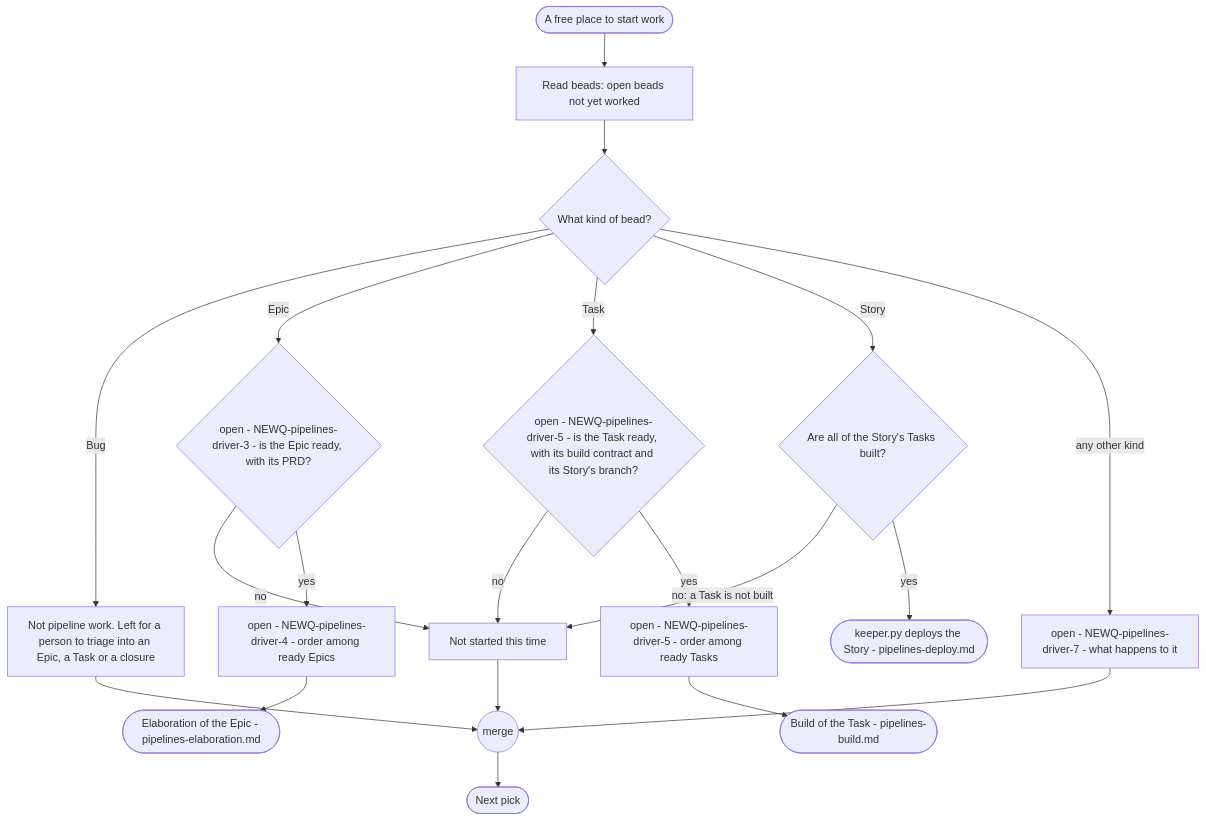
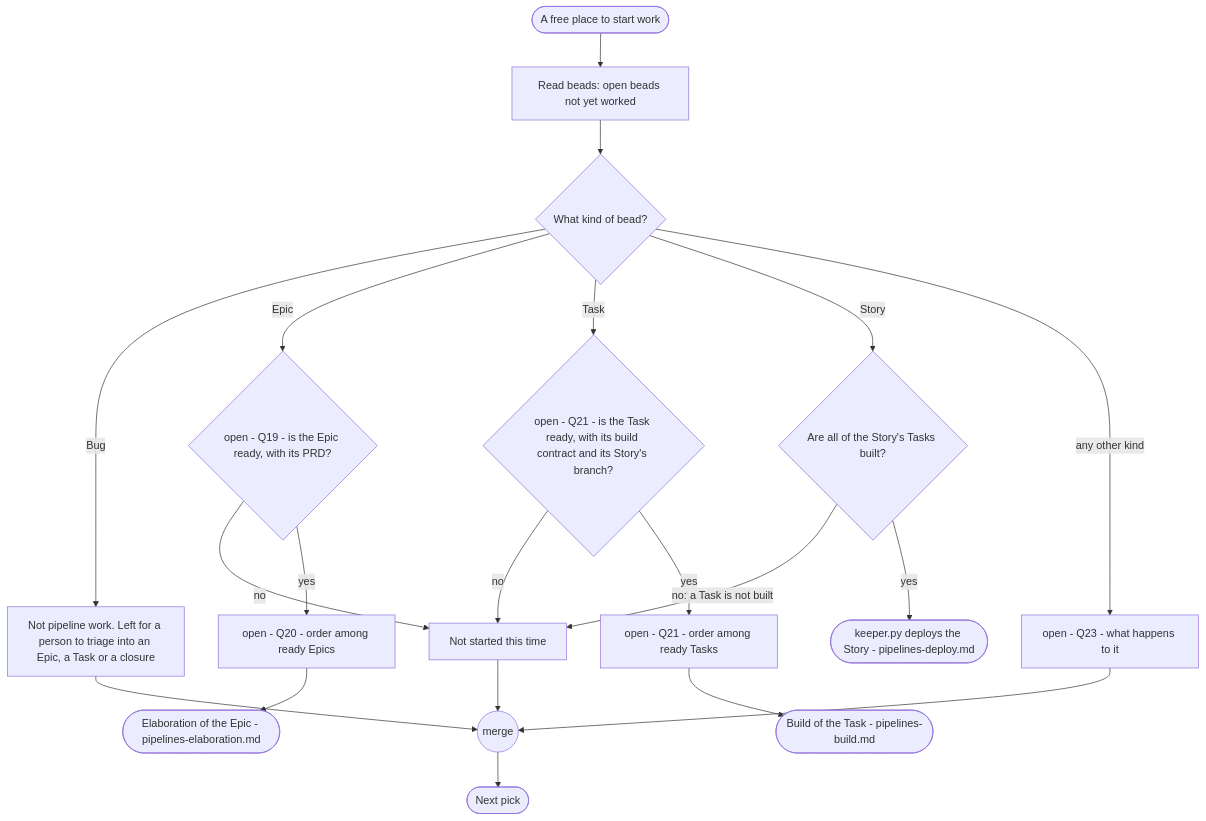
The second of 8 diagrams in plugins/agent-teams-workforce/blueprint/design/pipelines-driver.md (mark-satterfield/toolset), drawn with Mermaid before and after one commit. The commit also changed other lines of this file and 7 other files, not shown here.

First line of the commit message:
docs(blueprint): show PRD, build, deploy and driver pipelines only as the owner wants them

````diff
--- a/plugins/agent-teams-workforce/blueprint/design/pipelines-driver.md
+++ b/plugins/agent-teams-workforce/blueprint/design/pipelines-driver.md
@@ -116,22 +116,22 @@
 ```mermaid
 flowchart TD
     s(["A free place to start work"]) --> read["Read beads: open beads not yet worked"]
     read --> kind{"What kind of bead?"}
     kind -->|"Bug"| bug["Not pipeline work. Left for a person to triage into an Epic, a Task or a closure"]
-    kind -->|"Epic"| eReady{"open - NEWQ-pipelines-driver-3 - is the Epic ready, with its PRD?"}
-    kind -->|"Task"| tReady{"open - NEWQ-pipelines-driver-5 - is the Task ready, with its build contract and its Story's branch?"}
+    kind -->|"Epic"| eReady{"open - Q19 - is the Epic ready, with its PRD?"}
+    kind -->|"Task"| tReady{"open - Q21 - is the Task ready, with its build contract and its Story's branch?"}
     kind -->|"Story"| sReady{"Are all of the Story's Tasks built?"}
-    kind -->|"any other kind"| other["open - NEWQ-pipelines-driver-7 - what happens to it"]
+    kind -->|"any other kind"| other["open - Q23 - what happens to it"]
     eReady -->|"no"| skip["Not started this time"]
-    eReady -->|"yes"| eOrder["open - NEWQ-pipelines-driver-4 - order among ready Epics"]
+    eReady -->|"yes"| eOrder["open - Q20 - order among ready Epics"]
     eOrder --> eRun(["Elaboration of the Epic - pipelines-elaboration.md"])
     tReady -->|"no"| skip
-    tReady -->|"yes"| tOrder["open - NEWQ-pipelines-driver-5 - order among ready Tasks"]
+    tReady -->|"yes"| tOrder["open - Q21 - order among ready Tasks"]
     tOrder --> tRun(["Build of the Task - pipelines-build.md"])
     sReady -->|"no: a Task is not built"| skip
     sReady -->|"yes"| sRun(["keeper.py deploys the Story - pipelines-deploy.md"])
     bug --> m(("merge"))
     other --> m
     skip --> m
     m --> e(["Next pick"])
 ```
````
